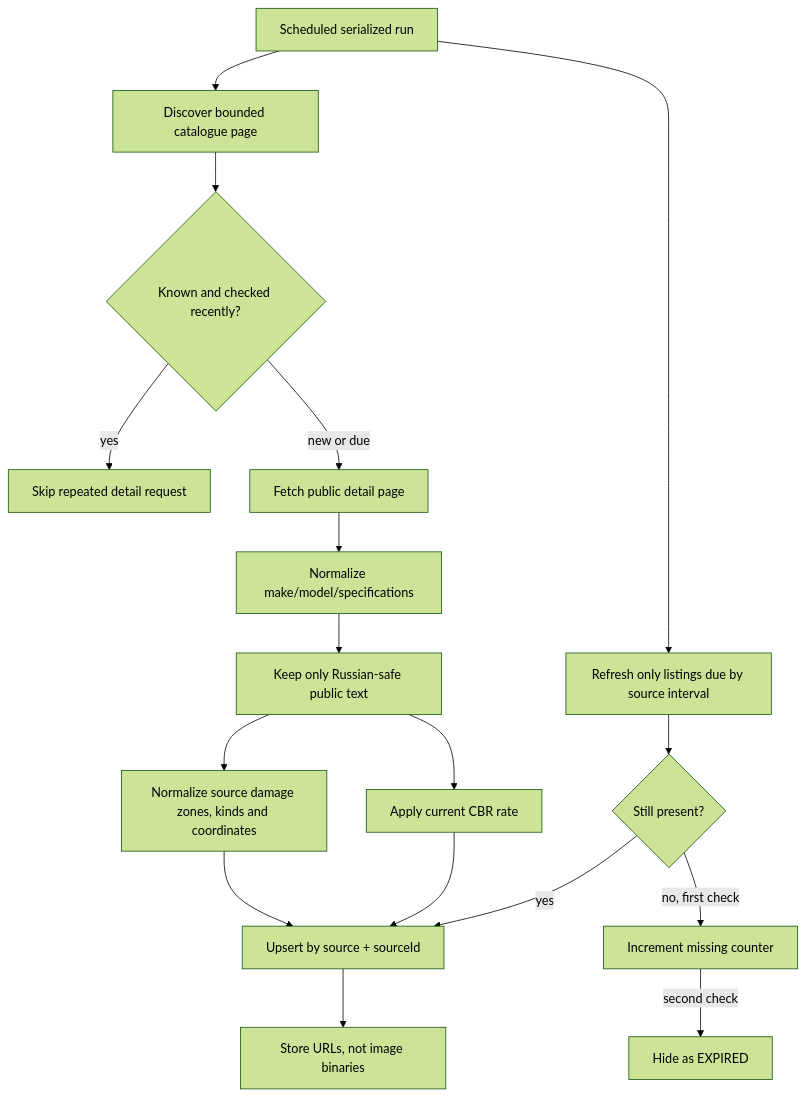
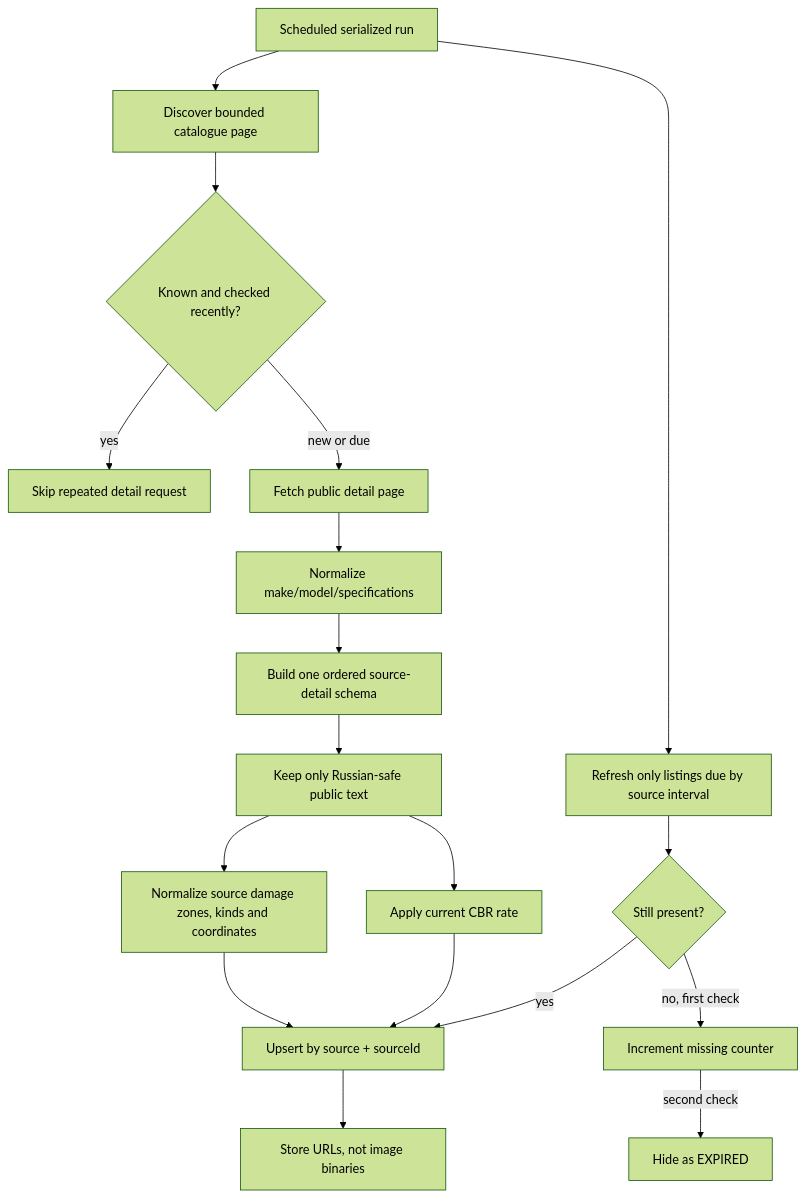
The second of 4 diagrams in docs/PROJECT_GRAPH.md (microsecret/automart), drawn with Mermaid (forest theme) before and after one commit. The commit also changed other lines of this file and 22 other files, not shown here.

````diff
--- a/docs/PROJECT_GRAPH.md
+++ b/docs/PROJECT_GRAPH.md
@@ -43,19 +48,20 @@
 ```mermaid
 flowchart TD
   Schedule["Scheduled serialized run"] --> Discover["Discover bounded catalogue page"]
   Discover --> Seen{"Known and checked recently?"}
   Seen -->|yes| Skip["Skip repeated detail request"]
   Seen -->|new or due| Detail["Fetch public detail page"]
   Detail --> Normalize["Normalize make/model/specifications"]
-  Normalize --> Russian["Keep only Russian-safe public text"]
+  Normalize --> Canonical["Build one ordered source-detail schema"]
+  Canonical --> Russian["Keep only Russian-safe public text"]
   Russian --> CBR["Apply current CBR rate"]
   Russian --> Damage["Normalize source damage zones, kinds and coordinates"]
   Damage --> Upsert
   CBR --> Upsert["Upsert by source + sourceId"]
   Upsert --> Gallery["Store URLs, not image binaries"]
   Schedule --> Refresh["Refresh only listings due by source interval"]
   Refresh --> Present{"Still present?"}
   Present -->|yes| Upsert
   Present -->|no, first check| Confirm["Increment missing counter"]
   Confirm -->|second check| Expire["Hide as EXPIRED"]
 ```
````
